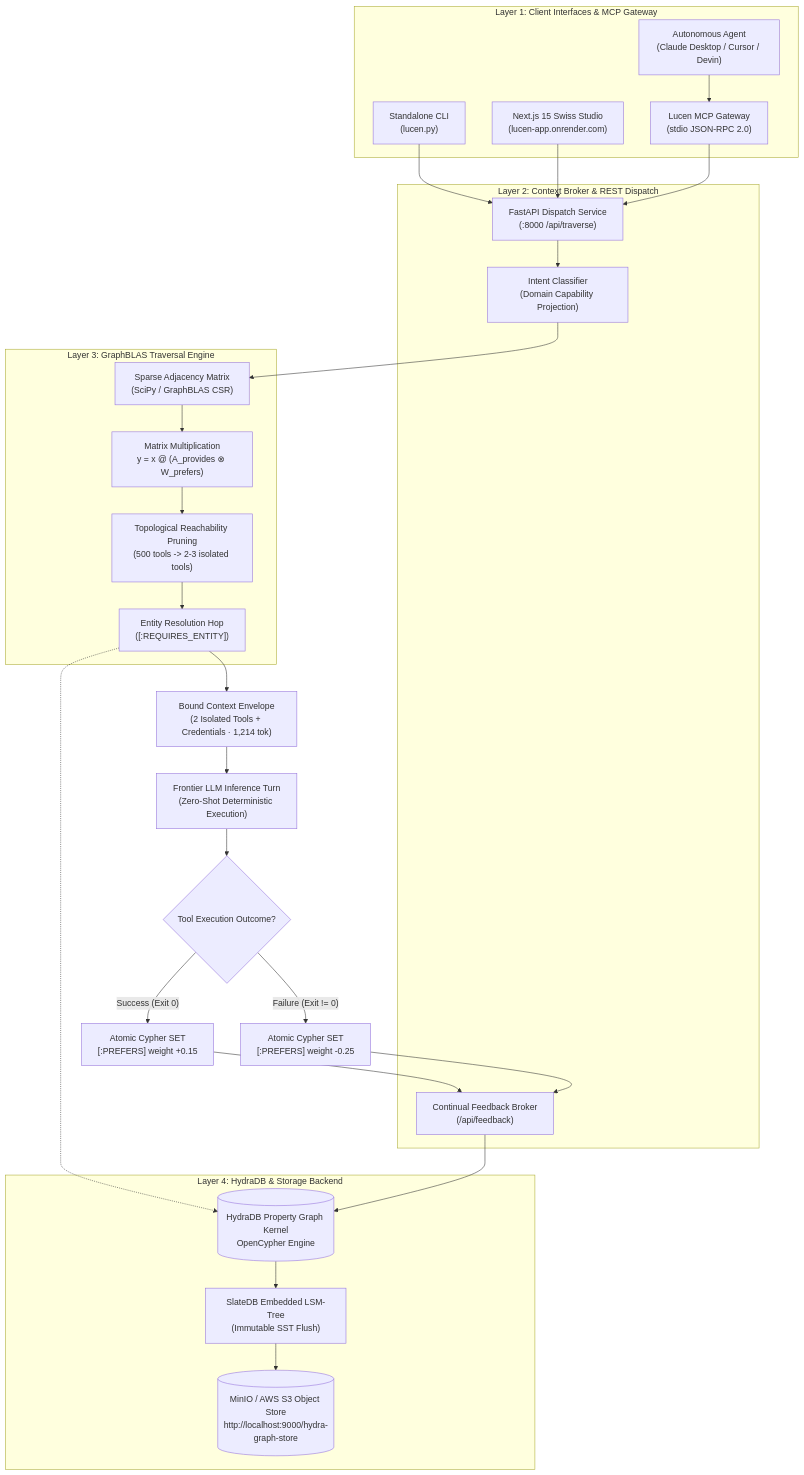
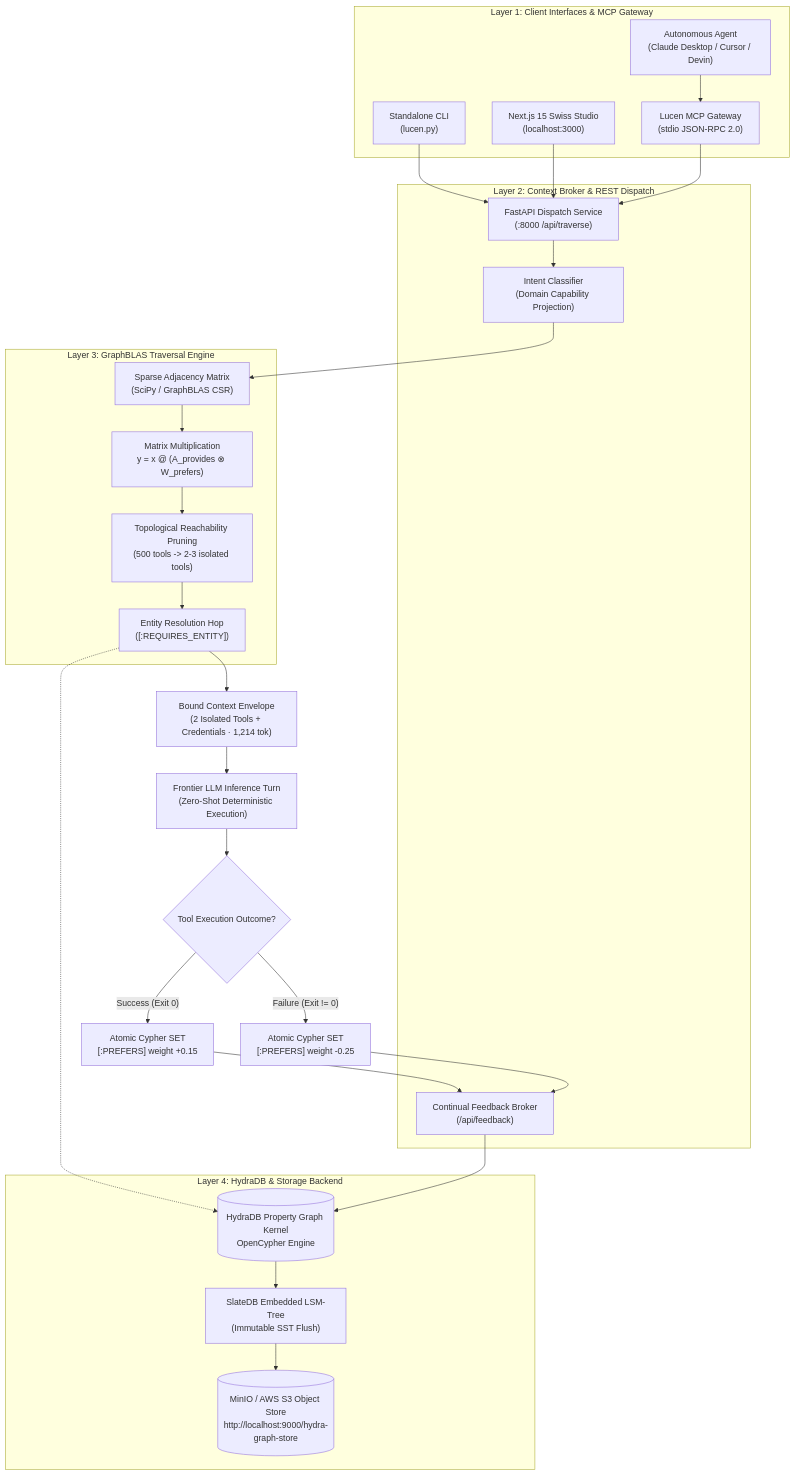
The first of 2 diagrams in README.md (toufiqfarhan0/hydradb-hack-nov), drawn with Mermaid before and after one commit. The commit also changed other lines of this file and 7 other files, not shown here.

````diff
--- a/README.md
+++ b/README.md
@@ -172,49 +171,49 @@
 ```mermaid
 flowchart TD
     subgraph Clients ["Layer 1: Client Interfaces & MCP Gateway"]
         Agent["Autonomous Agent\n(Claude Desktop / Cursor / Devin)"]
         CLI["Standalone CLI\n(lucen.py)"]
-        WebUI["Next.js 15 Swiss Studio\n(lucen-app.onrender.com)"]
+        WebUI["Next.js 15 Swiss Studio\n(localhost:3000)"]
         Gateway["Lucen MCP Gateway\n(stdio JSON-RPC 2.0)"]
         Agent --> Gateway
     end
 
     subgraph Broker ["Layer 2: Context Broker & REST Dispatch"]
         API["FastAPI Dispatch Service\n(:8000 /api/traverse)"]
         Intent["Intent Classifier\n(Domain Capability Projection)"]
         FeedbackBroker["Continual Feedback Broker\n(/api/feedback)"]
         Gateway --> API
         CLI --> API
         WebUI --> API
         API --> Intent
     end
 
     subgraph Kernel ["Layer 3: GraphBLAS Traversal Engine"]
         CSR["Sparse Adjacency Matrix\n(SciPy / GraphBLAS CSR)"]
         Semiring["Matrix Multiplication\ny = x @ (A_provides ⊗ W_prefers)"]
         Prune["Topological Reachability Pruning\n(500 tools -> 2-3 isolated tools)"]
         EntityResolver["Entity Resolution Hop\n([:REQUIRES_ENTITY])"]
         Intent --> CSR
         CSR --> Semiring
         Semiring --> Prune
         Prune --> EntityResolver
     end
 
     subgraph Storage ["Layer 4: HydraDB & Storage Backend"]
         HydraDB[("HydraDB Property Graph Kernel\nOpenCypher Engine")]
         SlateDB["SlateDB Embedded LSM-Tree\n(Immutable SST Flush)"]
         S3Store[("MinIO / AWS S3 Object Store\nhttp://localhost:9000/hydra-graph-store")]
         HydraDB --> SlateDB
         SlateDB --> S3Store
     end
 
     EntityResolver -.-> HydraDB
     EntityResolver --> Envelope["Bound Context Envelope\n(2 Isolated Tools + Credentials · 1,214 tok)"]
     Envelope --> LLM["Frontier LLM Inference Turn\n(Zero-Shot Deterministic Execution)"]
     LLM --> Result{"Tool Execution Outcome?"}
     Result -->|"Success (Exit 0)"| Reinforce["Atomic Cypher SET\n[:PREFERS] weight +0.15"]
     Result -->|"Failure (Exit != 0)"| Penalize["Atomic Cypher SET\n[:PREFERS] weight -0.25"]
     Reinforce --> FeedbackBroker
     Penalize --> FeedbackBroker
     FeedbackBroker --> HydraDB
 ```
````
